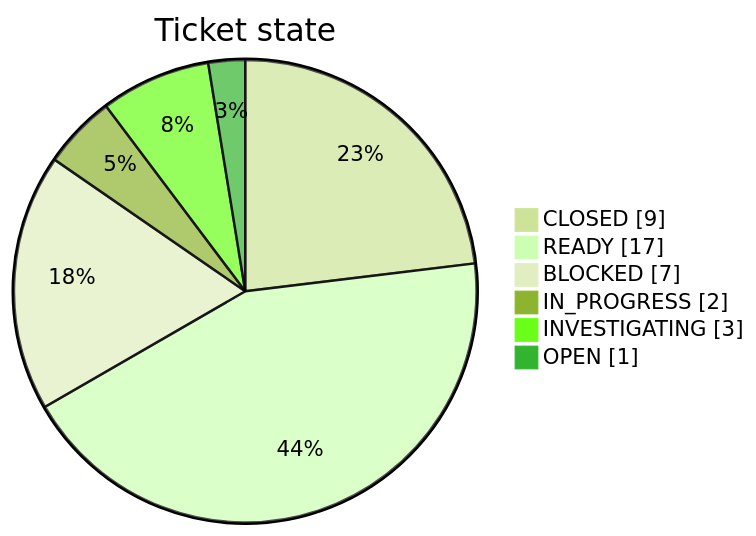
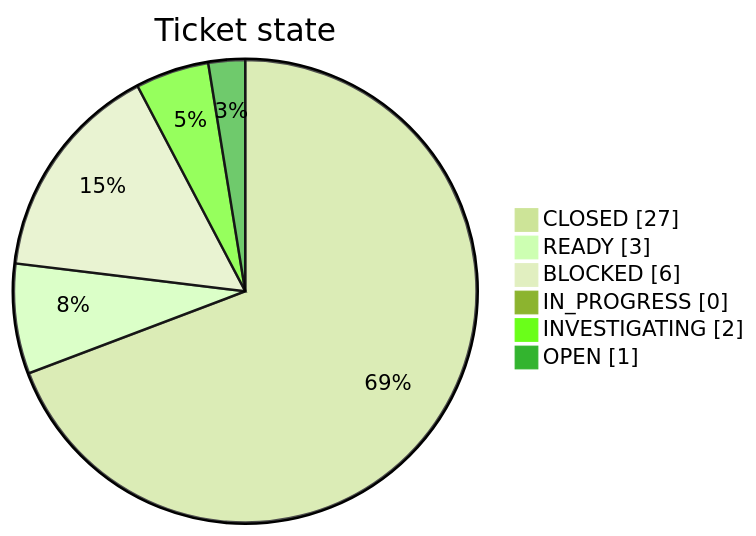
Before and after one commit to TECHSCHOLAR777/SINGLE-CHANNEL-SPEECH-SEPARATION-PROJECT: the first of 2 diagrams in docs/restoration/ISSUE_LEDGER.md, drawn with Mermaid (forest theme). The commit also changed other lines of this file and 6 other files, not shown here.

````diff
--- a/docs/restoration/ISSUE_LEDGER.md
+++ b/docs/restoration/ISSUE_LEDGER.md
@@ -81,10 +81,10 @@
 ```mermaid
 pie showData
     title Ticket state
-    "CLOSED" : 9
-    "READY" : 17
-    "BLOCKED" : 7
-    "IN_PROGRESS" : 2
-    "INVESTIGATING" : 3
+    "CLOSED" : 27
+    "READY" : 3
+    "BLOCKED" : 6
+    "IN_PROGRESS" : 0
+    "INVESTIGATING" : 2
     "OPEN" : 1
 ```
````
